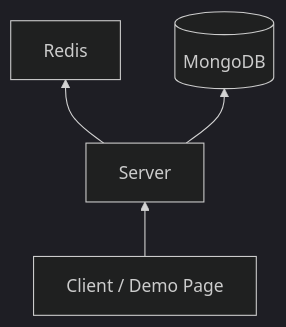
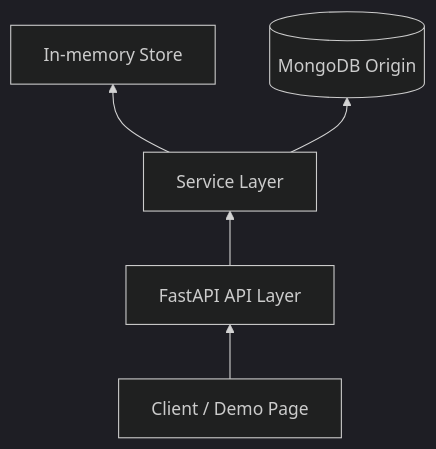
The diagram in docs/architecture/SYSTEM_DESIGN.md (sjinbk/krafton_jungle_mini-redis), drawn with Mermaid (dark theme) before and after one commit. The commit also changed other lines of this file and 8 other files, not shown here.

````diff
--- a/docs/architecture/SYSTEM_DESIGN.md
+++ b/docs/architecture/SYSTEM_DESIGN.md
@@ -7,7 +7,7 @@
 ```mermaid
 flowchart BT
-    Client["Client / Demo Page"] --> Service["Server"]
-    Service --> Store["Redis"]
-    Store["Redis"] 
-    Service --> MongoDB[("MongoDB")]
+    Client["Client / Demo Page"] --> API["FastAPI API Layer"]
+    API --> Service["Service Layer"]
+    Service --> Store["In-memory Store"]
+    Service --> MongoDB[("MongoDB Origin")]
 ```
````
